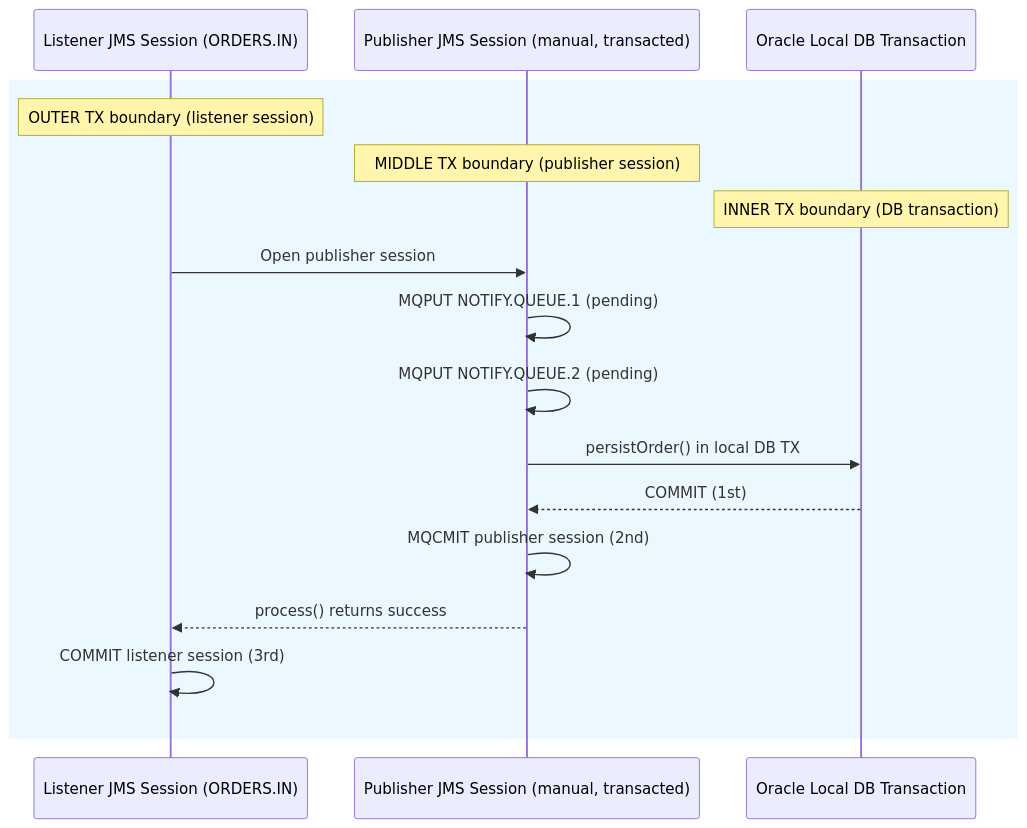
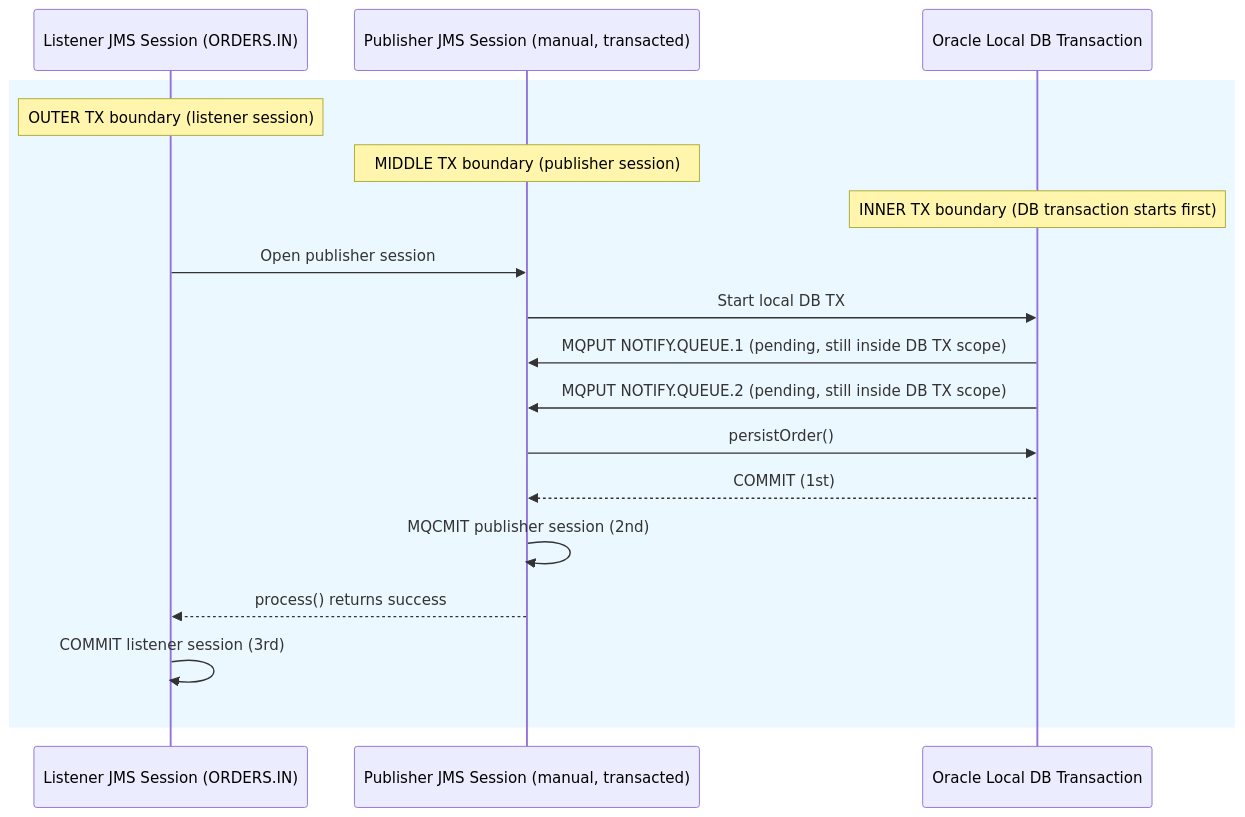
The diagram in README.md (rrobetti/spring-boot-oracle-db-ibm-mq-try-confirm-cancel), drawn with Mermaid before and after one commit. The commit also changed 2 other files, not shown here.

Commit message:
Scope staged MQPUTs inside DB transaction

````diff
--- a/README.md
+++ b/README.md
@@ -9,20 +9,21 @@
 ```mermaid
 sequenceDiagram
     participant L as Listener JMS Session (ORDERS.IN)
     participant P as Publisher JMS Session (manual, transacted)
     participant DB as Oracle Local DB Transaction
 
     rect rgb(236, 248, 255)
         Note over L: OUTER TX boundary (listener session)
         Note over P: MIDDLE TX boundary (publisher session)
-        Note over DB: INNER TX boundary (DB transaction)
+        Note over DB: INNER TX boundary (DB transaction starts first)
         L->>P: Open publisher session
-        P->>P: MQPUT NOTIFY.QUEUE.1 (pending)
-        P->>P: MQPUT NOTIFY.QUEUE.2 (pending)
-        P->>DB: persistOrder() in local DB TX
+        P->>DB: Start local DB TX
+        DB->>P: MQPUT NOTIFY.QUEUE.1 (pending, still inside DB TX scope)
+        DB->>P: MQPUT NOTIFY.QUEUE.2 (pending, still inside DB TX scope)
+        P->>DB: persistOrder()
         DB-->>P: COMMIT (1st)
         P->>P: MQCMIT publisher session (2nd)
         P-->>L: process() returns success
         L->>L: COMMIT listener session (3rd)
     end
 ```
````
